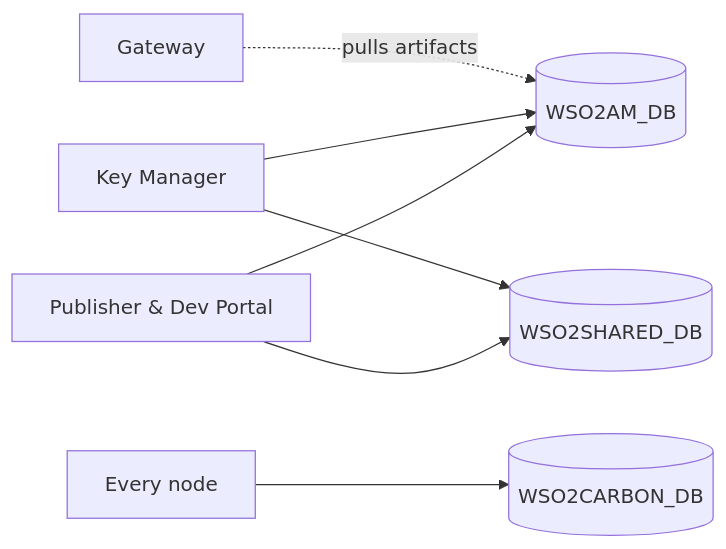
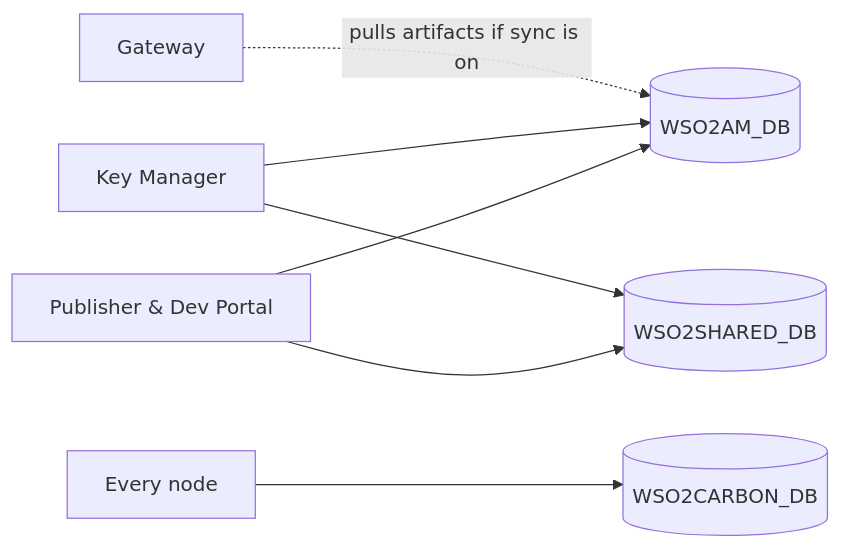
The first of 2 diagrams in docs/apim-3/databases.md (SaviNimz/apim-db-docs), drawn with Mermaid before and after one commit. The commit also changed other lines of this file and 55 other files, not shown here.

First line of the commit message:
Verify all core flows against running 3.2.0 and 4.7.0 servers

````diff
--- a/docs/apim-3/databases.md
+++ b/docs/apim-3/databases.md
@@ -20,9 +20,9 @@
 ```mermaid
 flowchart LR
     P[Publisher & Dev Portal] --> AM[(WSO2AM_DB)]
     KM[Key Manager] --> AM
     P --> SH[(WSO2SHARED_DB)]
     KM --> SH
-    GW[Gateway] -. pulls artifacts .-> AM
+    GW[Gateway] -. pulls artifacts if sync is on .-> AM
     N[Every node] --> LOC[(WSO2CARBON_DB)]
 ```
````
